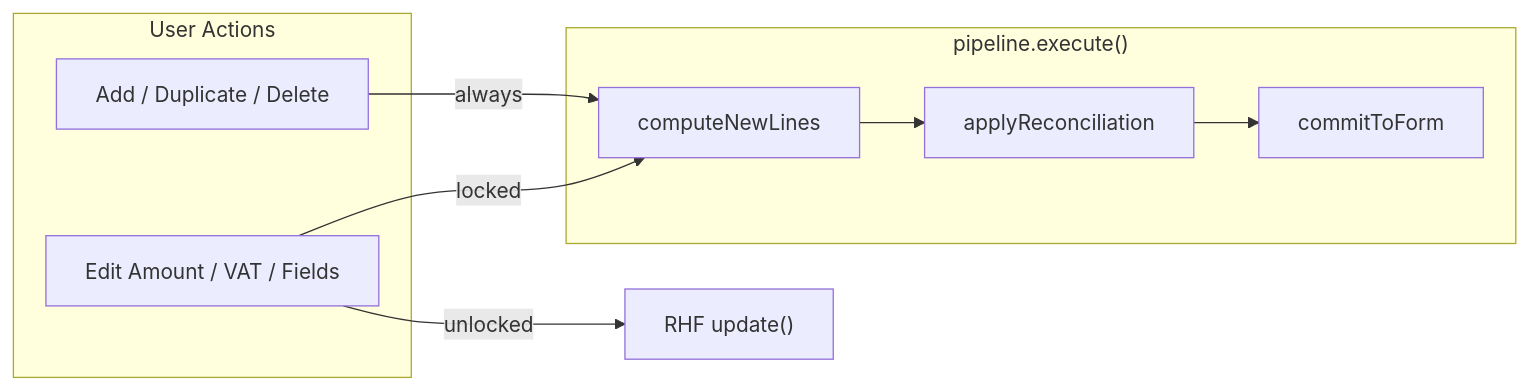
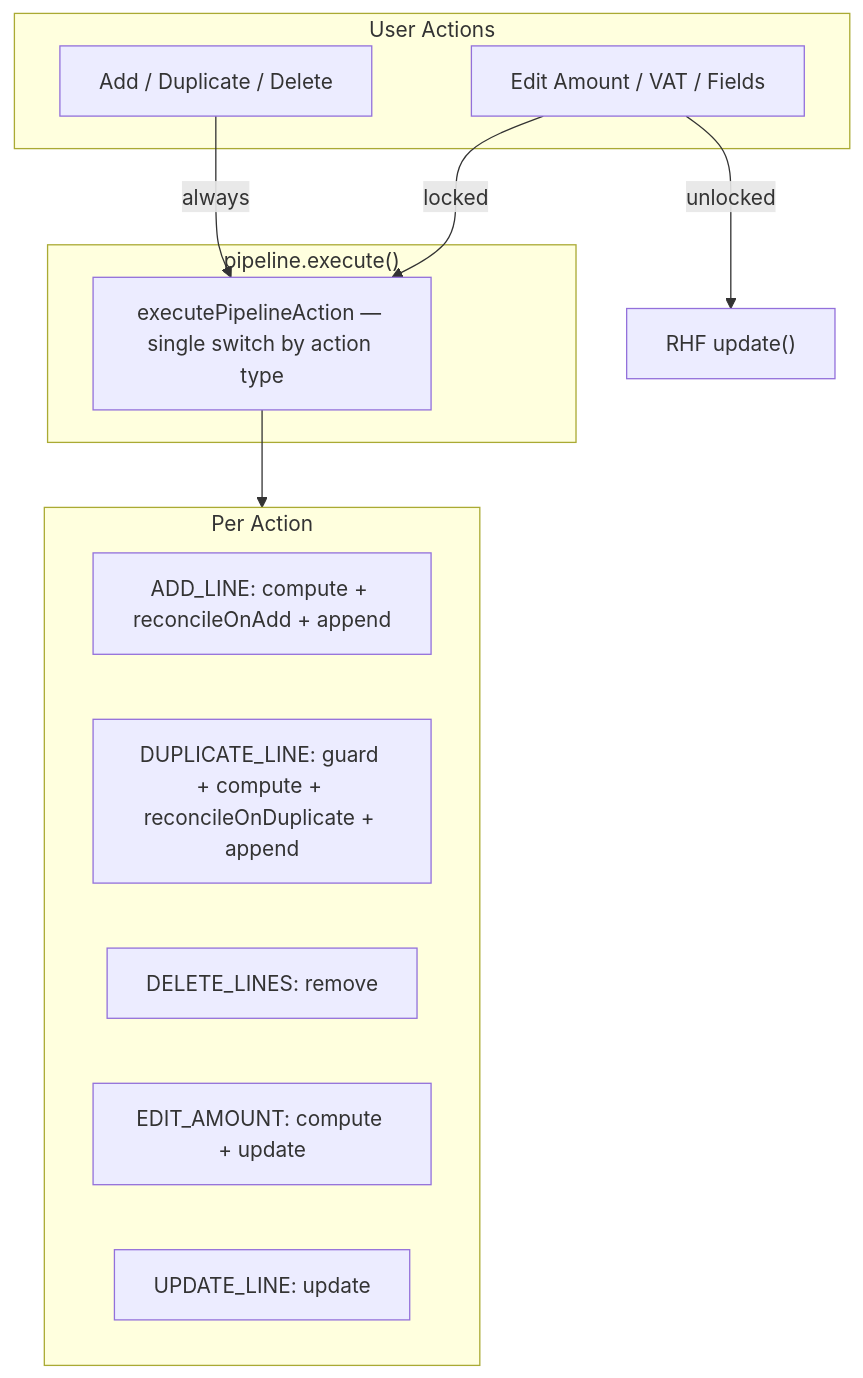
One commit to duy-ndhk51/research changed the diagram in 12-sndq/frontend/features/lock-total-amount/execution.md. Above: the diagram before and after it, drawn with Mermaid. The commit also changed other lines of this file and 3 other files, not shown here.

Commit message:
docs: update Lock Total Amount feature documentation to reflect pipeline refactor, Peppol auto-lock functionality, and submit-time validation enhancements, improving clarity on execution flow and user interactions

````diff
--- a/12-sndq/frontend/features/lock-total-amount/execution.md
+++ b/12-sndq/frontend/features/lock-total-amount/execution.md
@@ -51,22 +51,27 @@
 ```mermaid
-flowchart LR
+flowchart TD
   subgraph userActions [User Actions]
     Bulk["Add / Duplicate / Delete"]
     SingleEdit["Edit Amount / VAT / Fields"]
   end
 
   subgraph pipeline ["pipeline.execute()"]
-    Compute[computeNewLines]
-    Reconcile[applyReconciliation]
-    Commit[commitToForm]
+    ExecuteFn["executePipelineAction — single switch by action type"]
+  end
+
+  subgraph perAction [Per Action]
+    AddLine["ADD_LINE: compute + reconcileOnAdd + append"]
+    DupLine["DUPLICATE_LINE: guard + compute + reconcileOnDuplicate + append"]
+    DelLines["DELETE_LINES: remove"]
+    EditAmt["EDIT_AMOUNT: compute + update"]
+    UpdLine["UPDATE_LINE: update"]
   end
 
   DirectUpdate["RHF update()"]
 
-  Bulk -->|"always"| Compute
-  SingleEdit -->|"locked"| Compute
+  Bulk -->|"always"| ExecuteFn
+  SingleEdit -->|"locked"| ExecuteFn
   SingleEdit -->|"unlocked"| DirectUpdate
 
-  Compute --> Reconcile
-  Reconcile --> Commit
+  ExecuteFn --> perAction
 ```
````
